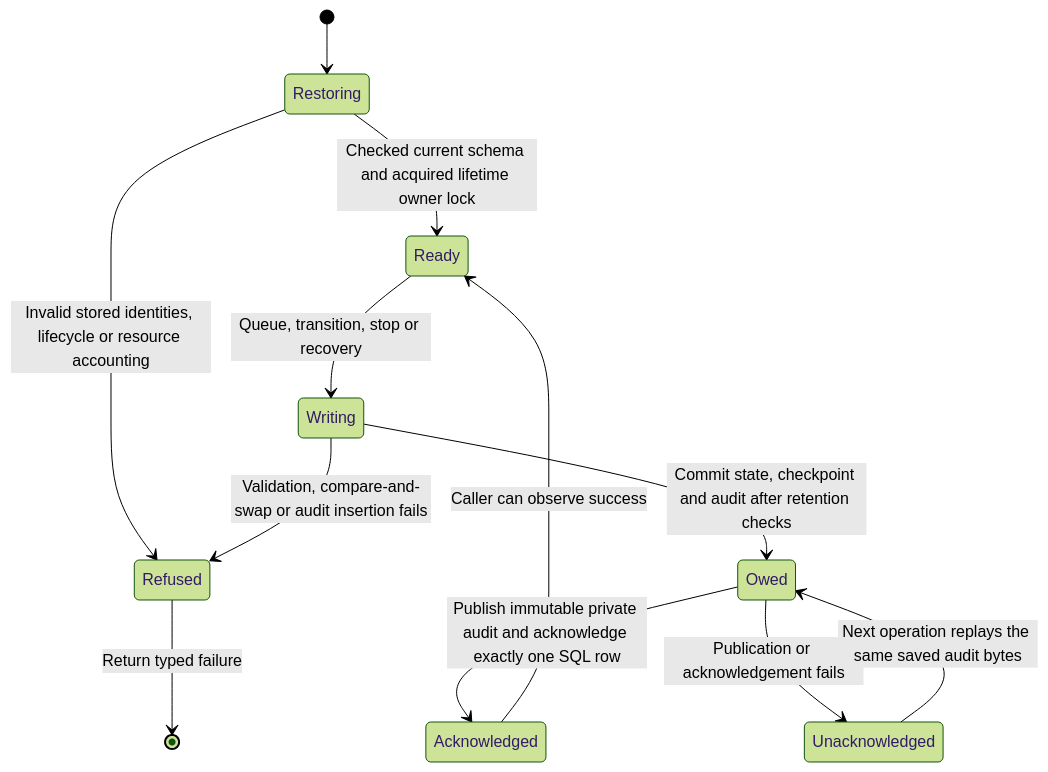
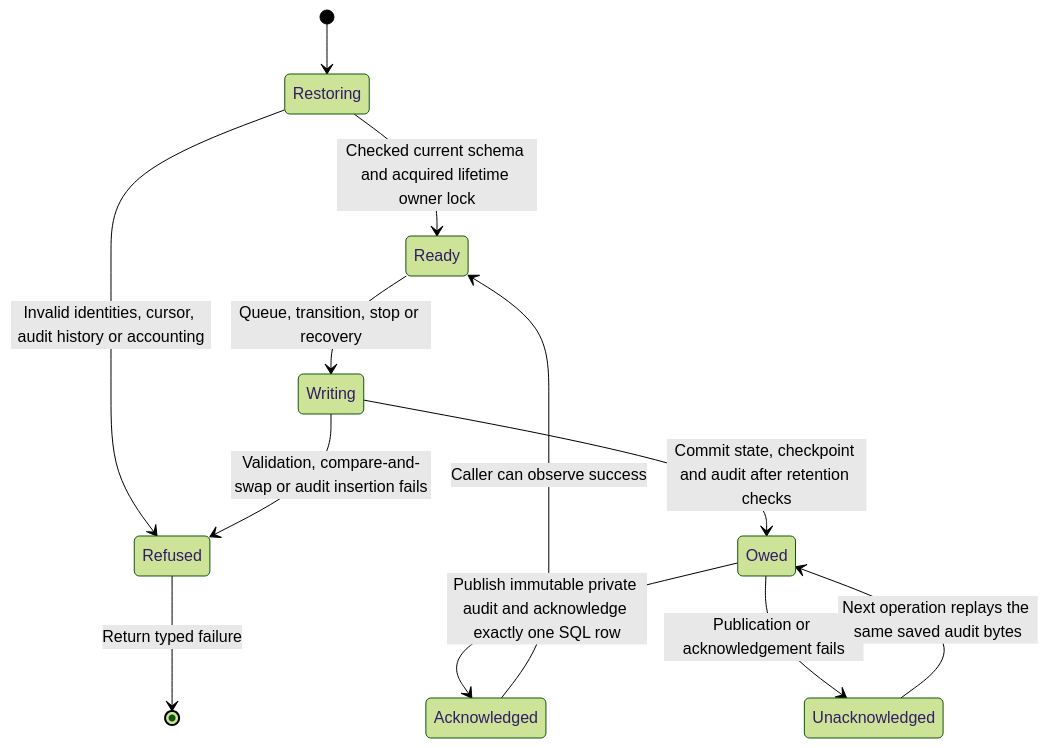
Before and after one commit to nessalabs/nessa-agent: the diagram in docs/state/services/gateway/webhook-outbox.md, drawn with Mermaid (forest theme). The commit also changed other lines of this file and 11 other files, not shown here.

````diff
--- a/docs/state/services/gateway/webhook-outbox.md
+++ b/docs/state/services/gateway/webhook-outbox.md
@@ -66,14 +78,14 @@
 ```mermaid
 stateDiagram-v2
     [*] --> Restoring
-    Restoring --> Refused: Invalid stored identities, lifecycle or resource accounting
+    Restoring --> Refused: Invalid identities, cursor, audit history or accounting
     Restoring --> Ready: Checked current schema and acquired lifetime owner lock
     Ready --> Writing: Queue, transition, stop or recovery
     Writing --> Refused: Validation, compare-and-swap or audit insertion fails
     Writing --> Owed: Commit state, checkpoint and audit after retention checks
     Owed --> Acknowledged: Publish immutable private audit and acknowledge exactly one SQL row
     Owed --> Unacknowledged: Publication or acknowledgement fails
     Unacknowledged --> Owed: Next operation replays the same saved audit bytes
     Acknowledged --> Ready: Caller can observe success
     Refused --> [*]: Return typed failure
 ```
````
